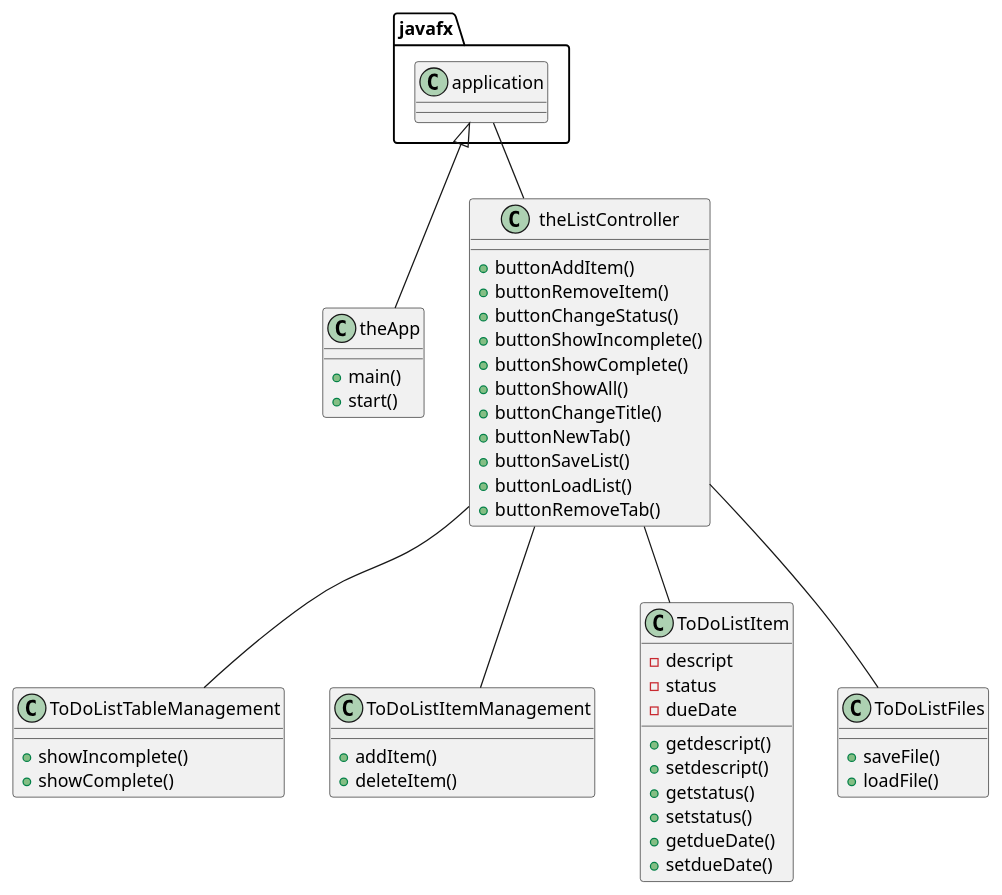
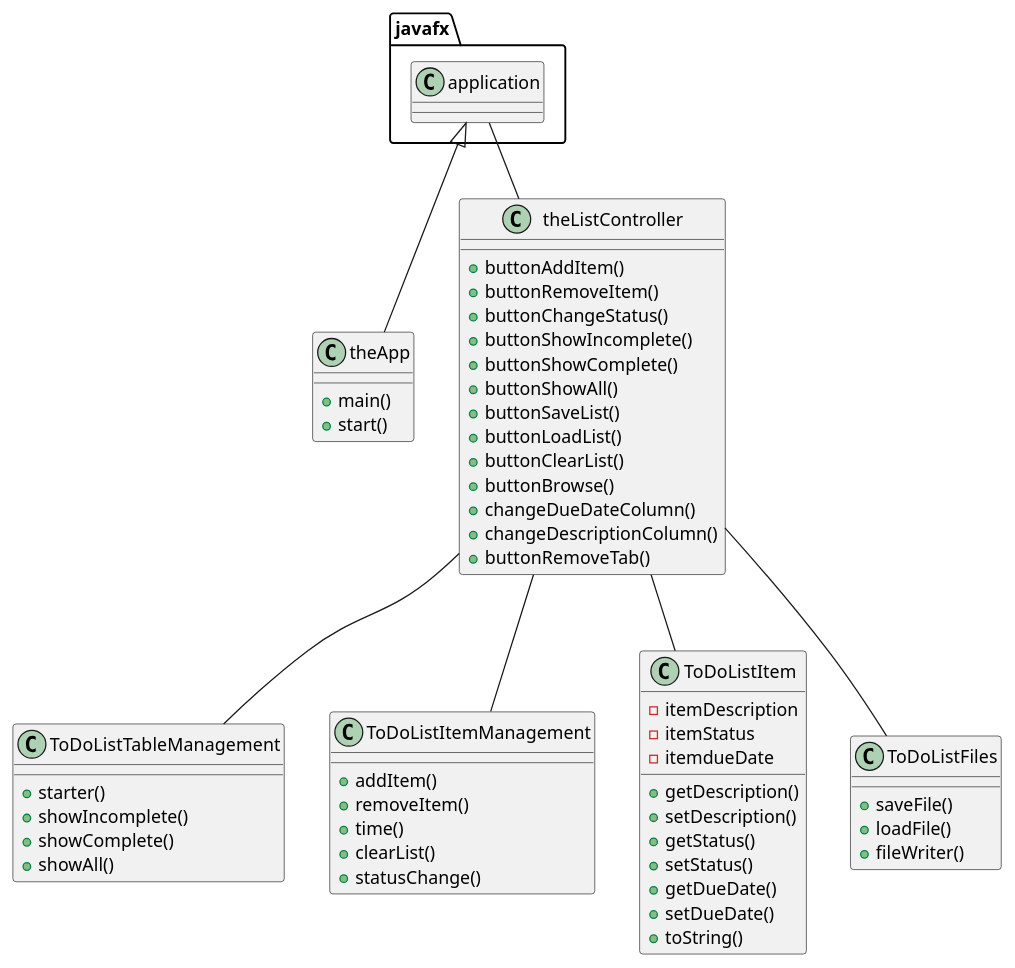
Before and after one commit to AwesomeDin/dinesh-cop3330-assignment4part2: the diagram in uml/Assignment4.puml, drawn with PlantUML. The commit also changed 4 other files, not shown here.

Commit message:
Updated comments throughout all the classes, updated the uml to match the new functions added, updated the fxml with a new label for instructions

```diff
--- a/uml/Assignment4.puml
+++ b/uml/Assignment4.puml
@@ -1,57 +1,66 @@
 @startuml
 'https://plantuml.com/class-diagram
 
 javafx.application <|-- theApp
 javafx.application -- theListController
 theListController -- ToDoListTableManagement
 theListController -- ToDoListItemManagement
 theListController -- ToDoListItem
 theListController -- ToDoListFiles
 
 class theApp {
 +main()
 +start()
 }
 
 class theListController {
 +buttonAddItem()
 +buttonRemoveItem()
 +buttonChangeStatus()
 +buttonShowIncomplete()
 +buttonShowComplete()
 +buttonShowAll()
-+buttonChangeTitle()
-+buttonNewTab()
 +buttonSaveList()
 +buttonLoadList()
++buttonClearList()
++buttonBrowse()
++changeDueDateColumn()
++changeDescriptionColumn()
 +buttonRemoveTab()
 }
 
 class ToDoListFiles {
 +saveFile()
 +loadFile()
++fileWriter()
 }
 
 class ToDoListItem {
--descript
--status
--dueDate
-+getdescript()
-+setdescript()
-+getstatus()
-+setstatus()
-+getdueDate()
-+setdueDate()
+-itemDescription
+-itemStatus
+-itemdueDate
++getDescription()
++setDescription()
++getStatus()
++setStatus()
++getDueDate()
++setDueDate()
++toString()
 }
 
 class ToDoListItemManagement {
 +addItem()
-+deleteItem()
++removeItem()
++time()
++clearList()
++statusChange()
 }
 
 class ToDoListTableManagement {
++starter()
 +showIncomplete()
 +showComplete()
++showAll()
 }
 
 @enduml
```
